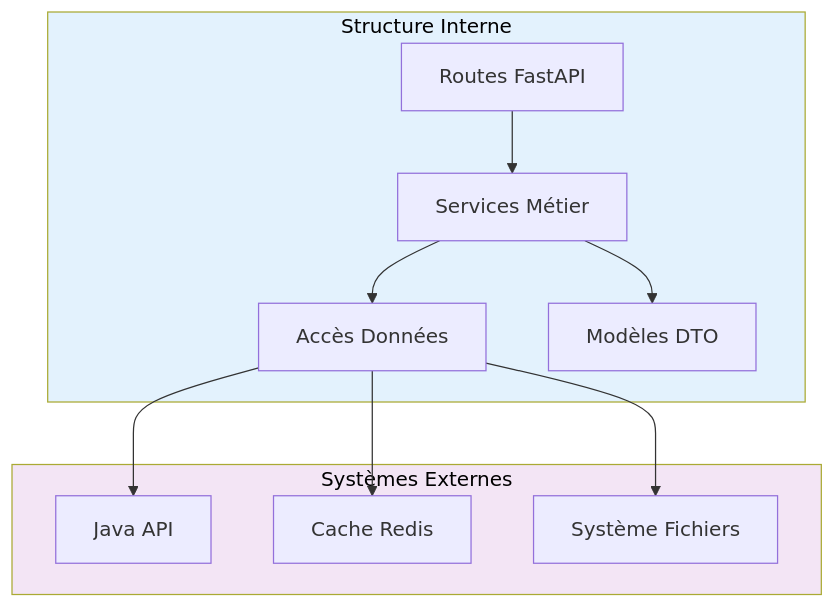
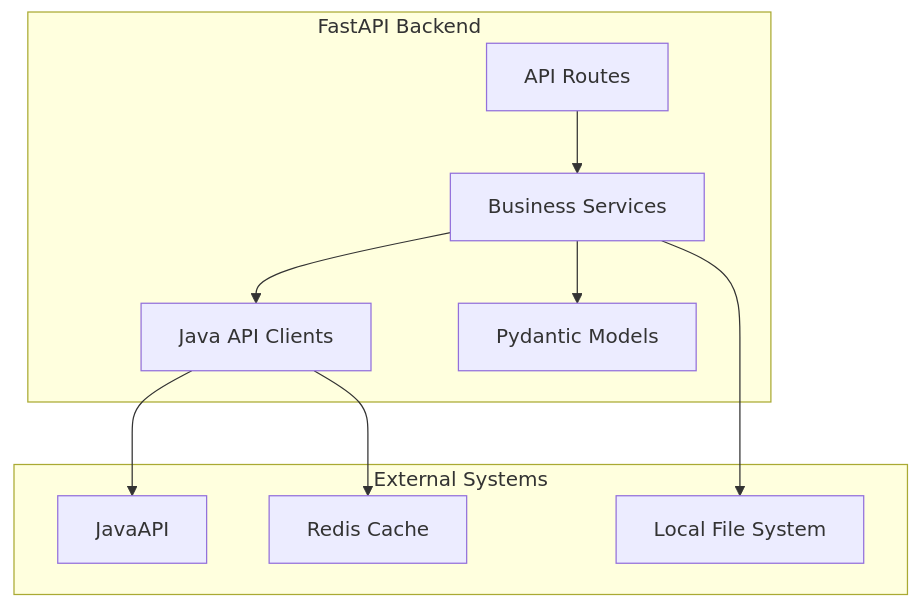
One commit to rado4002/-SalesFlow-Lite changed the seventh of 10 diagrams in backend-python/docs/SOFTWAREE DESIGN.md. Above: the diagram before and after it, drawn with Mermaid. The commit also changed other lines of this file, not shown here.

````diff
--- a/backend-python/docs/SOFTWAREE DESIGN.md
+++ b/backend-python/docs/SOFTWAREE DESIGN.md
@@ -238,27 +233,23 @@
 ```mermaid
 graph TD
-    %% Relations principales entre composants
     Routes --> Services
-    Services --> DataAccess
+    Services --> Clients
     Services --> Models
-    DataAccess --> External[Java API]
-    
-    subgraph InternalStructure [Structure Interne]
-        Routes[Routes FastAPI]
-        Services[Services Métier]
-        DataAccess[Accès Données]
-        Models[Modèles DTO]
+    Clients --> JavaAPI
+
+    subgraph Internal [FastAPI Backend]
+        Routes[API Routes]
+        Services[Business Services]
+        Clients[Java API Clients]
+        Models[Pydantic Models]
     end
 
-    subgraph ExternalSystems [Systèmes Externes]
-        External
-        Redis[Cache Redis]
-        Files[Système Fichiers]
+    subgraph External [External Systems]
+        JavaAPI
+        RedisCache[Redis Cache]
+        FileSystem[Local File System]
     end
 
-    DataAccess --> Redis
-    DataAccess --> Files
-
-    style InternalStructure fill:#e3f2fd,color:black
-    style ExternalSystems fill:#f3e5f5,color:black
+    Clients --> RedisCache
+    Services --> FileSystem
 ```
````
